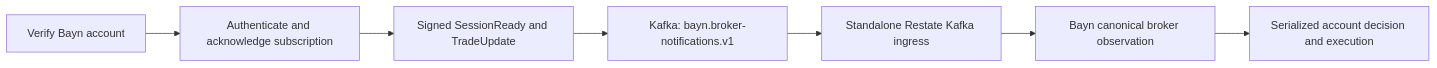
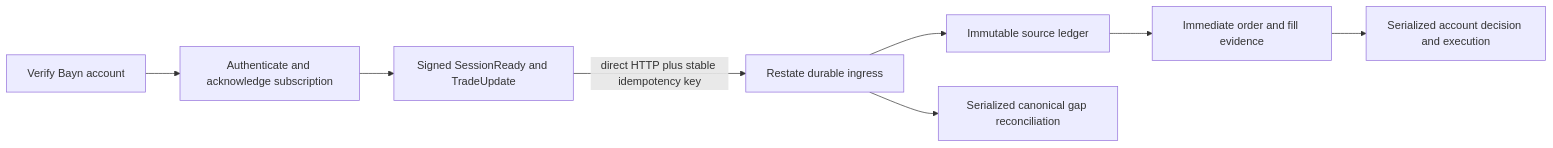
Before and after one commit to proompteng/lab: the diagram in services/dorvud/README.md, drawn with Mermaid. The commit also changed other lines of this file and 602 other files, not shown here.

````diff
--- a/services/dorvud/README.md
+++ b/services/dorvud/README.md
@@ -26,9 +26,10 @@
 ```mermaid
 flowchart LR
   A[Verify Bayn account] --> B[Authenticate and acknowledge subscription]
   B --> C[Signed SessionReady and TradeUpdate]
-  C --> K[Kafka: bayn.broker-notifications.v1]
-  K --> R[Standalone Restate Kafka ingress]
-  R --> O[Bayn canonical broker observation]
+  C -->|direct HTTP plus stable idempotency key| R[Restate durable ingress]
+  R --> S[Immutable source ledger]
+  S --> O[Immediate order and fill evidence]
+  R --> G[Serialized canonical gap reconciliation]
   O --> D[Serialized account decision and execution]
 ```
````
